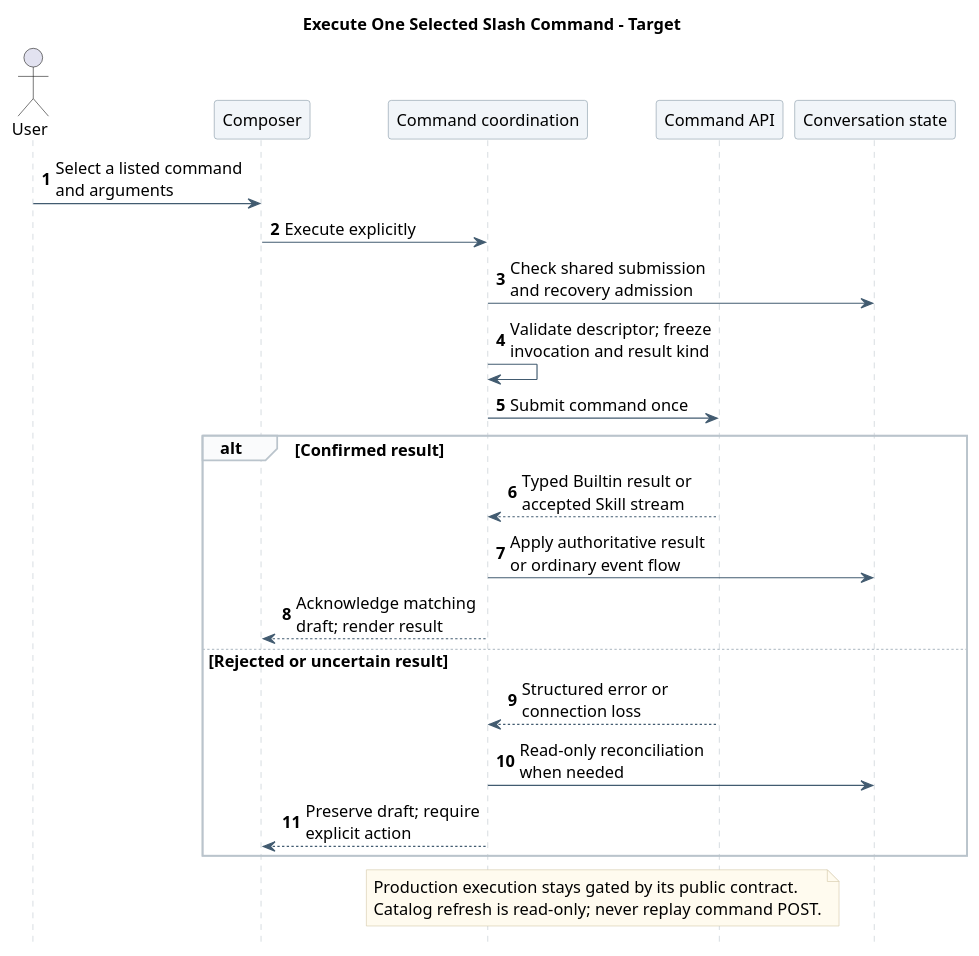
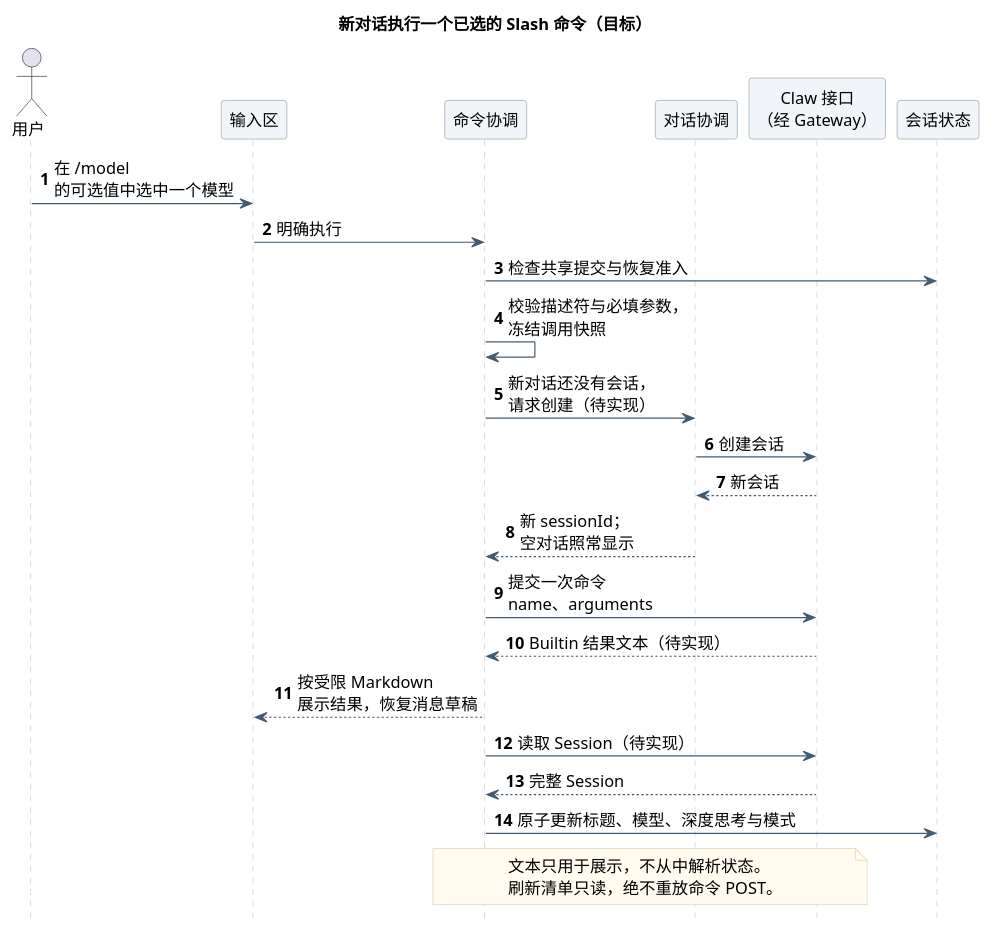
Before and after one commit to ssm0808/pi-mono-java-design: the third of 3 diagrams in 07-前端设计/技术设计/命令/diagram.puml, drawn with PlantUML. The commit also changed other lines of this file and 71 other files, not shown here.

First line of the commit message:
Align Slash command interfaces with the agreed design

```diff
--- a/07-前端设计/技术设计/命令/diagram.puml
+++ b/07-前端设计/技术设计/命令/diagram.puml
@@ -228,54 +242,53 @@
 @startuml slash_command_execution_flow
 ' Source baseline: pi-mono-java@6f52fddc87a03c20916fc7b6ef1de87f6a7a8cf5
 ' Source evidence: frontend/src/composables/useRuntimeApi.ts, requestRaw and return surface
-' Contract evidence: Runtime operations listSessionCommands and executeSessionCommand
-' Historical behavior: the 6f52fddc frontend had no command HTTP methods or response projectors.
 ' UI update baseline: pi-mono-java@4cc8dd86f601417c22cf9306e52152acbb59bb60
 ' Source evidence: frontend/src/components/ComposerBox.vue, choose and runCommand
 ' Source evidence: frontend/src/runtime/commands.ts, freezeInvocation and decodeCommandResult
 ' Observed behavior: current command submission already freezes an invocation and decodes by expected result kind.
-' Pending implementation design: the browser workflow and production Mate gateway are proposed.
-' Design reason: decode from an immutable invocation, never replay an uncertain mutation, and reconcile through authoritative resources.
-' Presentation: one responsibility-level scenario; implementation details remain in the linked document.
+' 契约基线：pi-mono-java@628dca25a694d9d056b15f012e1223d68091ab66 对照；新对话先创建会话、Builtin 只返回文本、成功后读取 Session 均待实现。
+' 设计原因：前端不按命令名解析结果，状态只认权威 Session；不重放结果不确定的写请求。
+' 表达方式：只画新对话执行一次 Builtin 选项型命令的正常流程；已有对话省略第 5～8 步，技能命令改收 SSE，失败与恢复见正文。
 skinparam backgroundColor white
 skinparam defaultFontName SansSerif
 skinparam defaultFontSize 14
 skinparam shadowing false
 skinparam sequenceMessageAlign left
 skinparam maxMessageSize 180
 skinparam sequenceArrowColor #425B70
 skinparam sequenceLifeLineBorderColor #BAC4CC
 skinparam sequenceParticipantBackgroundColor #F1F5F9
 skinparam sequenceParticipantBorderColor #8496A4
 skinparam sequenceGroupBackgroundColor #FAFBFC
 skinparam sequenceGroupBorderColor #BAC4CC
 skinparam noteBackgroundColor #FFFBEF
 skinparam noteBorderColor #D2C6A5
 hide footbox
 autonumber
 
-title Execute One Selected Slash Command - Target
-actor User
-participant Composer
-participant "Command coordination" as Commands
-participant "Command API" as API
-participant "Conversation state" as State
-User -> Composer : Select a listed command and arguments
-Composer -> Commands : Execute explicitly
-Commands -> State : Check shared submission and recovery admission
-Commands -> Commands : Validate descriptor; freeze invocation and result kind
-Commands -> API : Submit command once
-alt Confirmed result
-  API --> Commands : Typed Builtin result or accepted Skill stream
-  Commands -> State : Apply authoritative result or ordinary event flow
-  Commands --> Composer : Acknowledge matching draft; render result
-else Rejected or uncertain result
-  API --> Commands : Structured error or connection loss
-  Commands -> State : Read-only reconciliation when needed
-  Commands --> Composer : Preserve draft; require explicit action
-end
+title 新对话执行一个已选的 Slash 命令（目标）
+actor "用户" as User
+participant "输入区" as Composer
+participant "命令协调" as Commands
+participant "对话协调" as Conversation
+participant "Claw 接口\n（经 Gateway）" as API
+participant "会话状态" as State
+User -> Composer : 在 /model 的可选值中选中一个模型
+Composer -> Commands : 明确执行
+Commands -> State : 检查共享提交与恢复准入
+Commands -> Commands : 校验描述符与必填参数，冻结调用快照
+Commands -> Conversation : 新对话还没有会话，请求创建（待实现）
+Conversation -> API : 创建会话
+API --> Conversation : 新会话
+Conversation --> Commands : 新 sessionId；空对话照常显示
+Commands -> API : 提交一次命令 name、arguments
+API --> Commands : Builtin 结果文本（待实现）
+Commands --> Composer : 按受限 Markdown 展示结果，恢复消息草稿
+Commands -> API : 读取 Session（待实现）
+API --> Commands : 完整 Session
+Commands -> State : 原子更新标题、模型、深度思考与模式
 note over Commands,API
-  Production execution stays gated by its public contract.
-  Catalog refresh is read-only; never replay command POST.
+  文本只用于展示，不从中解析状态。
+  刷新清单只读，绝不重放命令 POST。
 end note
 @enduml
```
